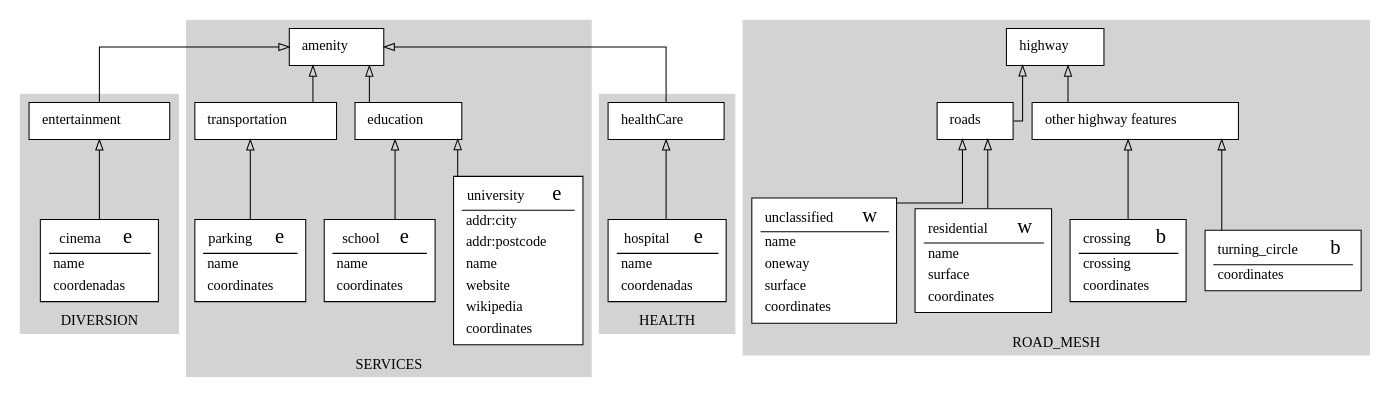
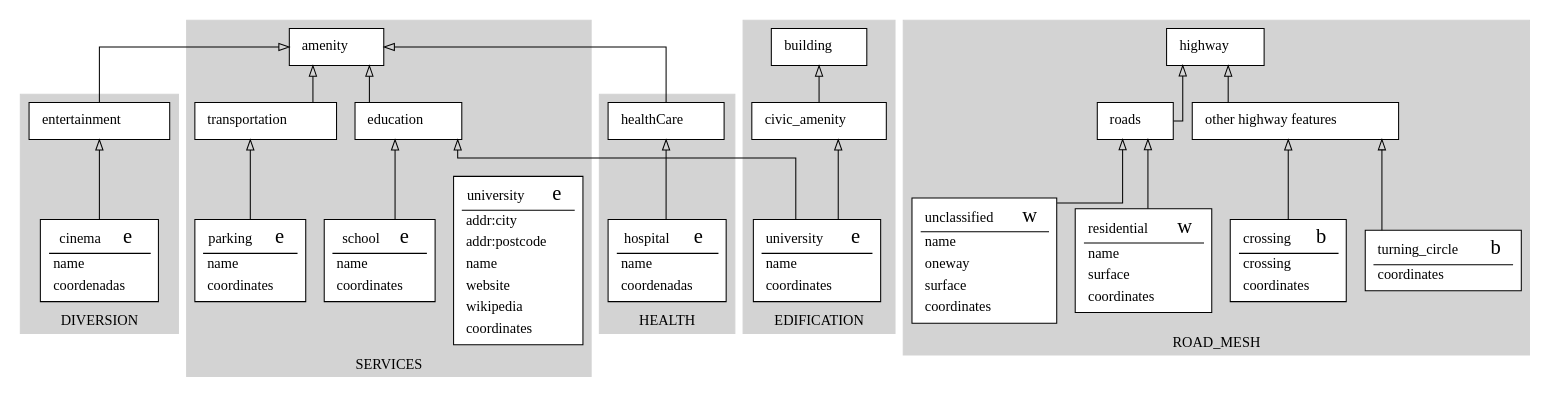
Before and after one commit to vinisperandio/OSM2Diagram_optmizated: the diagram in schema.gv, drawn with Graphviz. The commit also changed 3 other files, not shown here.

```diff
--- a/schema.gv
+++ b/schema.gv
@@ -212,9 +212,41 @@
 			</TR>
 			</TABLE>>]
 	}
+	subgraph cluster_EDIFICATION {
+		node [color=black style=filled]
+		color=lightgrey style=filled
+		label=EDIFICATION
+		17[style = "filled, bold" penwidth = "1" fillcolor="white" label=<
+			<TABLE color="black" border="0">
+			 <TR>
+				<TD align="center"><font color="black">university</font>  
+				<font FACE="sigmoda" POINT-SIZE="20.0"> e</font></TD>
+			</TR>
+			<hr/>
+			<TR>
+				<TD align="left">name</TD>
+			 </TR>
+			<TR>
+				<TD align="left">coordinates</TD>
+			 </TR>
+			</TABLE>>]
+		18[style = "filled, bold" penwidth = "1" fillcolor="white" label=<
+			<TABLE color="black" border="0">
+			 <TR>
+				<TD align="center"><font color="black">building</font>  </TD>
+			</TR>
+			</TABLE>>]
+		19[style = "filled, bold" penwidth = "1" fillcolor="white" label=<
+			<TABLE color="black" border="0">
+			 <TR>
+				<TD align="center"><font color="black">civic_amenity</font>  </TD>
+			</TR>
+			</TABLE>>]
+	}
 		0 -> 1[arrowhead=onormal]
 		1 -> 3[arrowhead=onormal]
-		2 -> 6[arrowhead=onormal]
+		17 -> 6[arrowhead=onormal]
+		17 -> 19[arrowhead=onormal]
 		4 -> 6[arrowhead=onormal]
 		5 -> 7[arrowhead=onormal]
 		6 -> 3[arrowhead=onormal]
@@ -227,6 +259,7 @@
 		14 -> 16[arrowhead=onormal]
 		15 -> 11[arrowhead=onormal]
 		16 -> 11[arrowhead=onormal]
+		19 -> 18[arrowhead=onormal]
 	rankdir=BT
 	splines=ortho
 }
```
